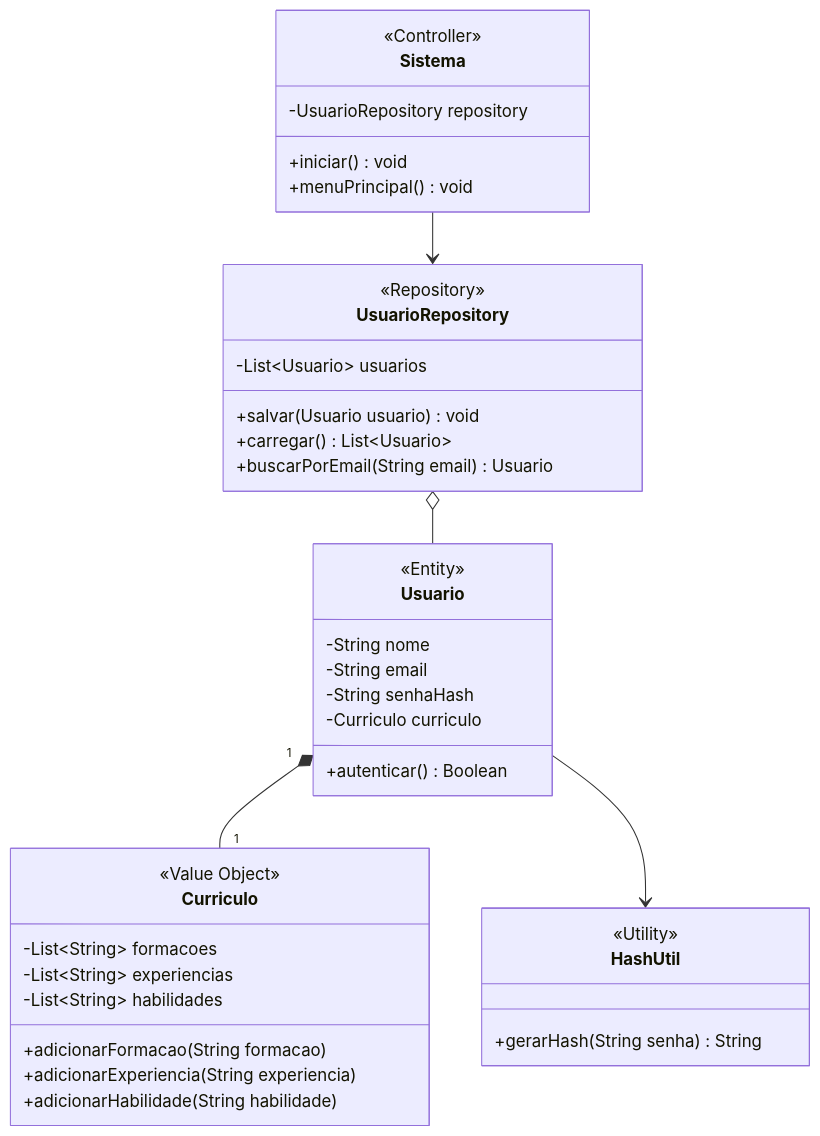
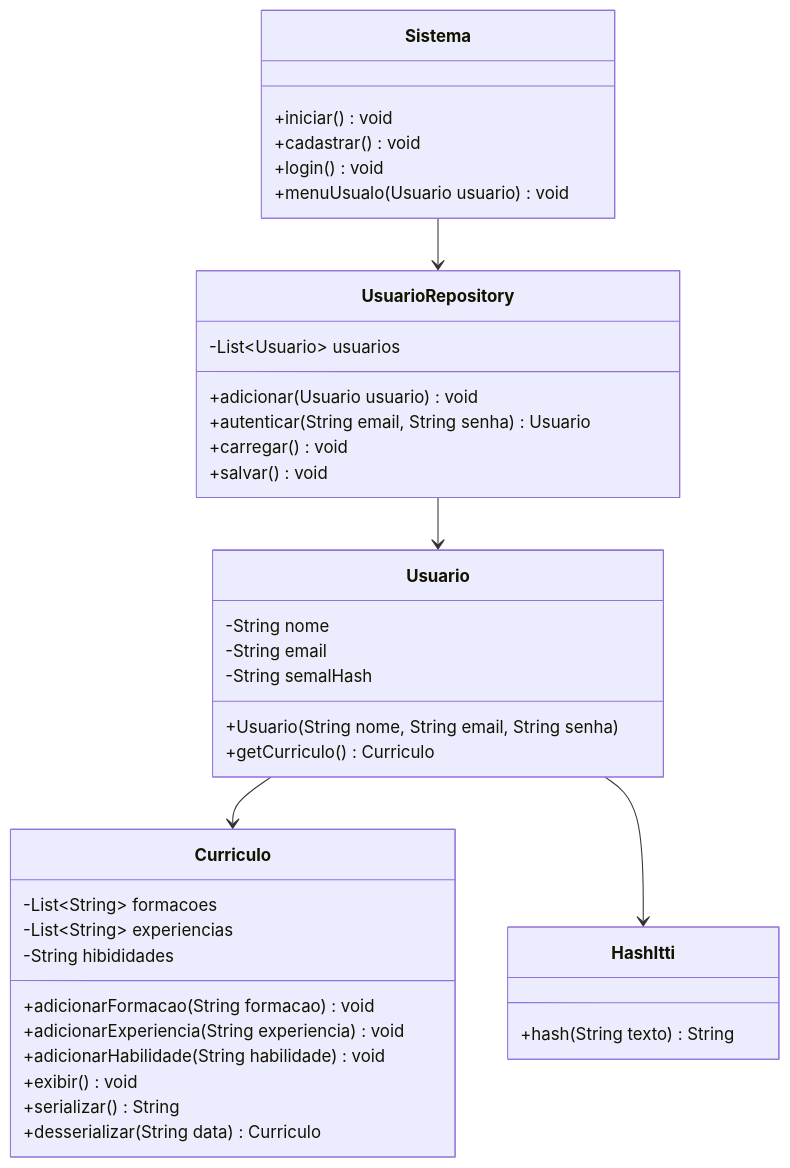
One commit to TempestaGui/OnlineCV-Java changed the diagram in docs/diagrama_classes.md. Above: the diagram before and after it, drawn with Mermaid.

````diff
--- a/docs/diagrama_classes.md
+++ b/docs/diagrama_classes.md
@@ -1,48 +1,46 @@
 ```mermaid
 classDiagram
-    direction TB
-    
+    class Curriculo {
+        -List~String~ formacoes
+        -List~String~ experiencias
+        -String hibididades
+        +adicionarFormacao(String formacao) void
+        +adicionarExperiencia(String experiencia) void
+        +adicionarHabilidade(String habilidade) void
+        +exibir() void
+        +serializar() String
+        +desserializar(String data) Curriculo
+    }
+
     class Usuario {
-        <<Entity>>
         -String nome
         -String email
-        -String senhaHash
-        -Curriculo curriculo
-        +autenticar() Boolean
-    }
-    
-    class Curriculo {
-        <<Value Object>>
-        -List~String~ formacoes
-        -List~String~ experiencias
-        -List~String~ habilidades
-        +adicionarFormacao(String formacao)
-        +adicionarExperiencia(String experiencia)
-        +adicionarHabilidade(String habilidade)
-    }
-    
-    class UsuarioRepository {
-        <<Repository>>
-        -List~Usuario~ usuarios
-        +salvar(Usuario usuario) void
-        +carregar() List~Usuario~
-        +buscarPorEmail(String email) Usuario
-    }
-    
-    class Sistema {
-        <<Controller>>
-        -UsuarioRepository repository
-        +iniciar() void
-        +menuPrincipal() void
+        -String semalHash
+        +Usuario(String nome, String email, String senha)
+        +getCurriculo() Curriculo
     }
 
-    class HashUtil {
-        <<Utility>>
-        +gerarHash(String senha) String
+    class Sistema {
+        +iniciar() void
+        +cadastrar() void
+        +login() void
+        +menuUsualo(Usuario usuario) void
     }
 
-    Usuario "1" *-- "1" Curriculo
-    UsuarioRepository o-- Usuario
+    class UsuarioRepository {
+        -List~Usuario~ usuarios
+        +adicionar(Usuario usuario) void
+        +autenticar(String email, String senha) Usuario
+        +carregar() void
+        +salvar() void
+    }
+
+    class HashItti {
+        +hash(String texto) String
+    }
+
+    Usuario --> Curriculo
     Sistema --> UsuarioRepository
-    Usuario --> HashUtil
+    UsuarioRepository --> Usuario
+    Usuario --> HashItti
 ```
````
